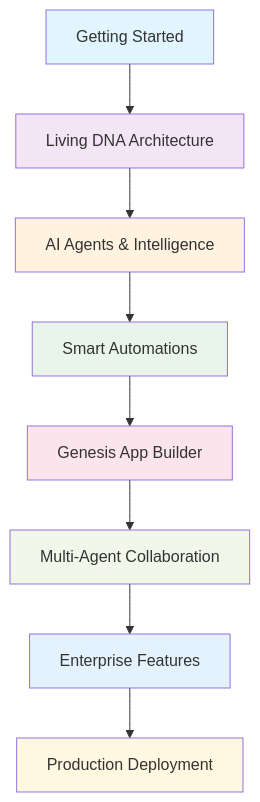
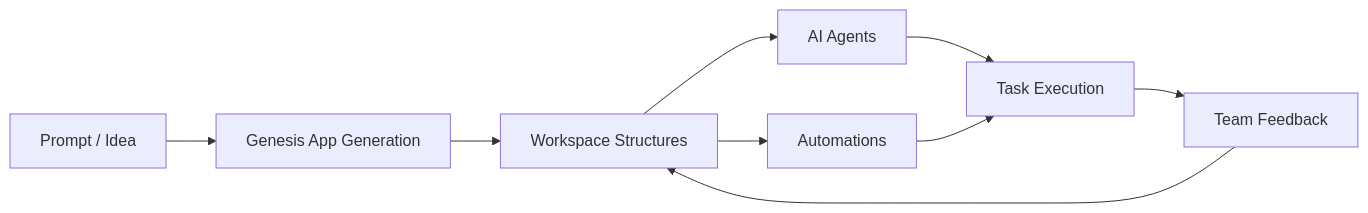
The diagram in tutorials/taskade-tutorial/index.md (johnxie/awesome-code-docs), drawn with Mermaid before and after one commit. The commit also changed other lines of this file and 259 other files, not shown here.

````diff
--- a/tutorials/taskade-tutorial/index.md
+++ b/tutorials/taskade-tutorial/index.md
@@ -97,19 +36,11 @@
 ```mermaid
-graph TD
-    A[Getting Started] --> B[Living DNA Architecture]
-    B --> C[AI Agents & Intelligence]
-    C --> D[Smart Automations]
-    D --> E[Genesis App Builder]
-    E --> F[Multi-Agent Collaboration]
-    F --> G[Enterprise Features]
-    G --> H[Production Deployment]
-
-    style A fill:#e1f5fe
-    style B fill:#f3e5f5
-    style C fill:#fff3e0
-    style D fill:#e8f5e8
-    style E fill:#fce4ec
-    style F fill:#f1f8e9
-    style G fill:#e3f2fd
-    style H fill:#fff8e1
+flowchart LR
+    A[Prompt / Idea] --> B[Genesis App Generation]
+    B --> C[Workspace Structures]
+    C --> D[AI Agents]
+    C --> E[Automations]
+    D --> F[Task Execution]
+    E --> F
+    F --> G[Team Feedback]
+    G --> C
 ```
````
